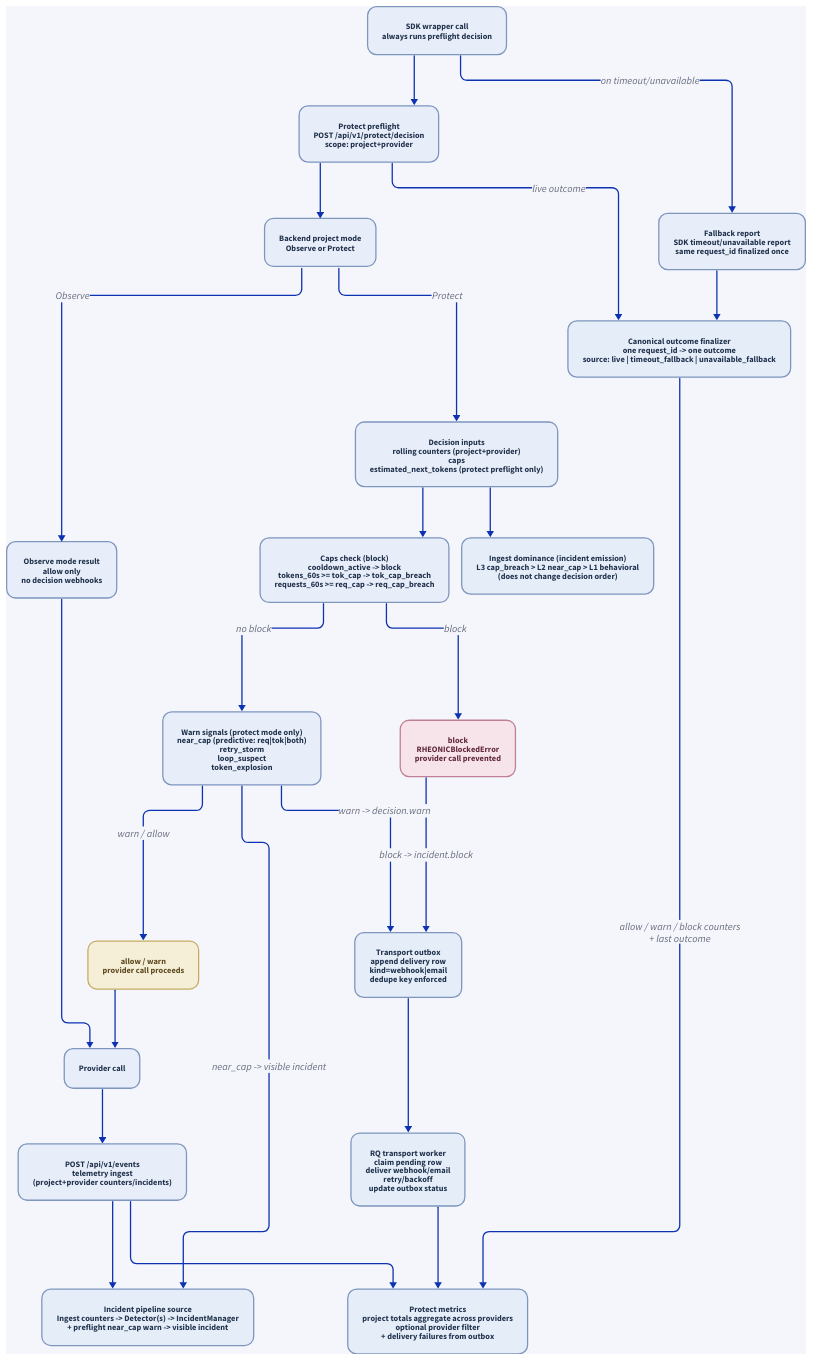
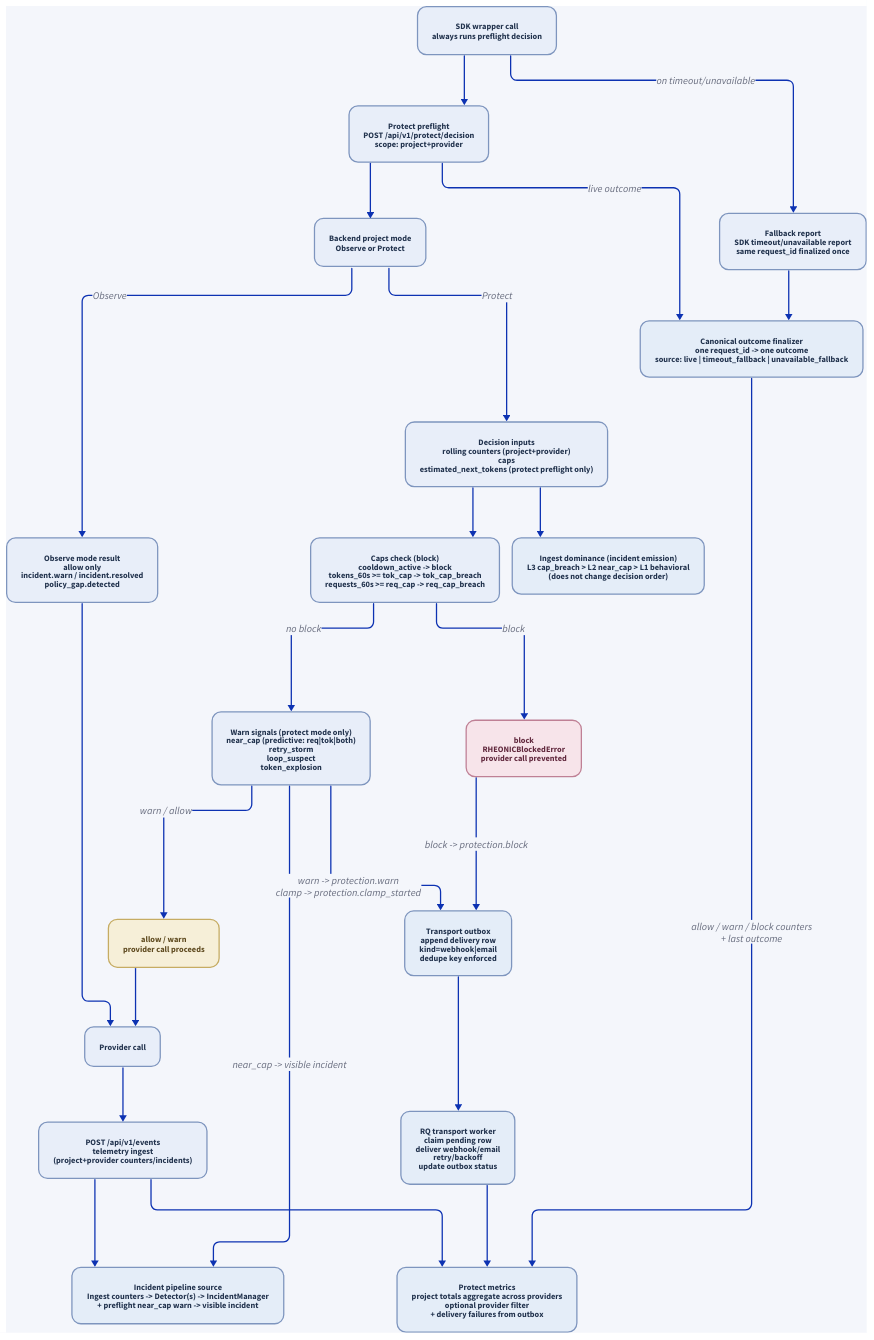
The diagram in docs/architecture/protect_decision_flow.d2 (MichaelTelvin/Rheonic), drawn with D2 before and after one commit. The commit also changed 31 other files, not shown here.

```diff
--- a/docs/architecture/protect_decision_flow.d2
+++ b/docs/architecture/protect_decision_flow.d2
@@ -192,9 +192,9 @@
 caps -> block: "block"
 caps -> warn_signals: "no block"
 warn_signals -> allow_warn: "warn / allow"
-warn_signals -> transport_outbox: "warn -> decision.warn"
+warn_signals -> transport_outbox: "warn -> protection.warn\nclamp -> protection.clamp_started"
 warn_signals -> incident_pipeline: "near_cap -> visible incident"
-block -> transport_outbox: "block -> incident.block"
+block -> transport_outbox: "block -> protection.block"
 allow_warn -> provider
 preflight -> finalizer: "live outcome"
 sdk_call -> fallback_report: "on timeout/unavailable"
@@ -205,7 +205,7 @@
 ingest -> incident_pipeline
 ingest -> metrics
 finalizer -> metrics: "allow / warn / block counters\n+ last outcome"
-observe: "Observe mode result\nallow only\nno decision webhooks" {
+observe: "Observe mode result\nallow only\nincident.warn / incident.resolved\npolicy_gap.detected" {
   style: {
     fill: "#e8eef9"
     stroke: "#7e95be"
```
